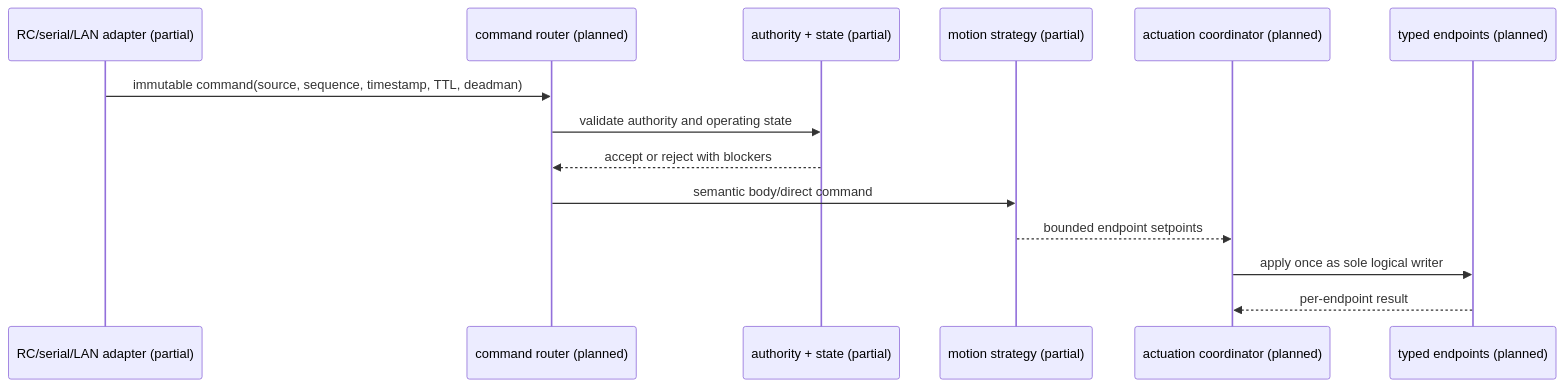
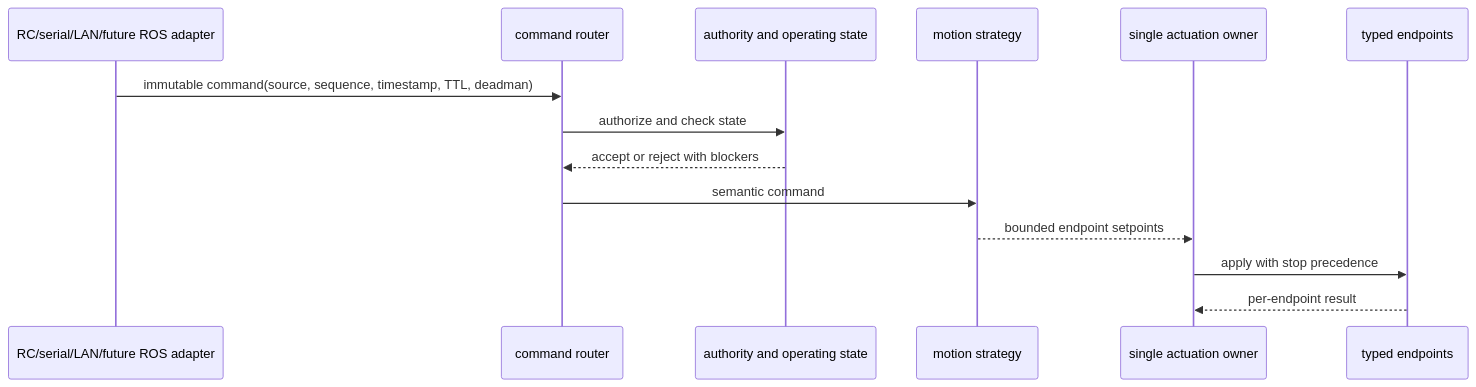
Before and after one commit to juanpmz2001/sistema-motriz-rs485: the second of 4 diagrams in docs/ARCHITECTURE_REFACTOR.md, drawn with Mermaid. The commit also changed other lines of this file and 11 other files, not shown here.

````diff
--- a/docs/ARCHITECTURE_REFACTOR.md
+++ b/docs/ARCHITECTURE_REFACTOR.md
@@ -84,16 +87,16 @@
 ```mermaid
 sequenceDiagram
-  participant A as RC/serial/LAN adapter (partial)
-  participant R as command router (planned)
-  participant U as authority + state (partial)
-  participant M as motion strategy (partial)
-  participant C as actuation coordinator (planned)
-  participant E as typed endpoints (planned)
+  participant A as RC/serial/LAN/future ROS adapter
+  participant R as command router
+  participant U as authority and operating state
+  participant M as motion strategy
+  participant O as single actuation owner
+  participant E as typed endpoints
   A->>R: immutable command(source, sequence, timestamp, TTL, deadman)
-  R->>U: validate authority and operating state
+  R->>U: authorize and check state
   U-->>R: accept or reject with blockers
-  R->>M: semantic body/direct command
-  M-->>C: bounded endpoint setpoints
-  C->>E: apply once as sole logical writer
-  E-->>C: per-endpoint result
+  R->>M: semantic command
+  M-->>O: bounded endpoint setpoints
+  O->>E: apply with stop precedence
+  E-->>O: per-endpoint result
 ```
````
